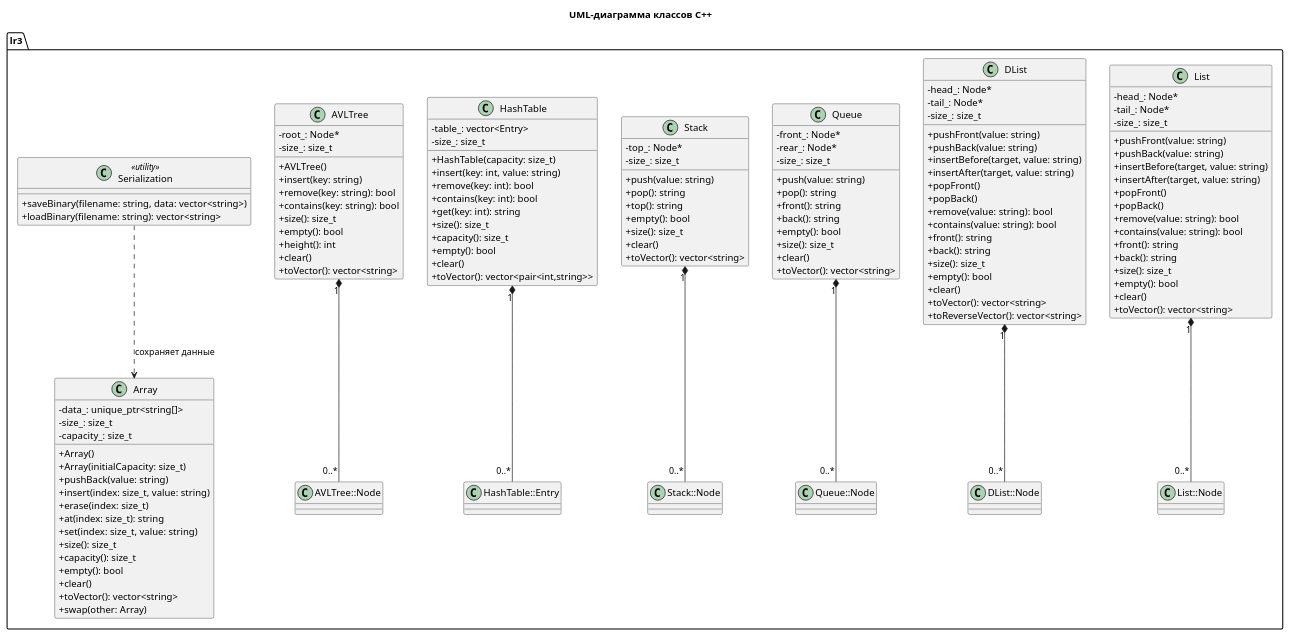
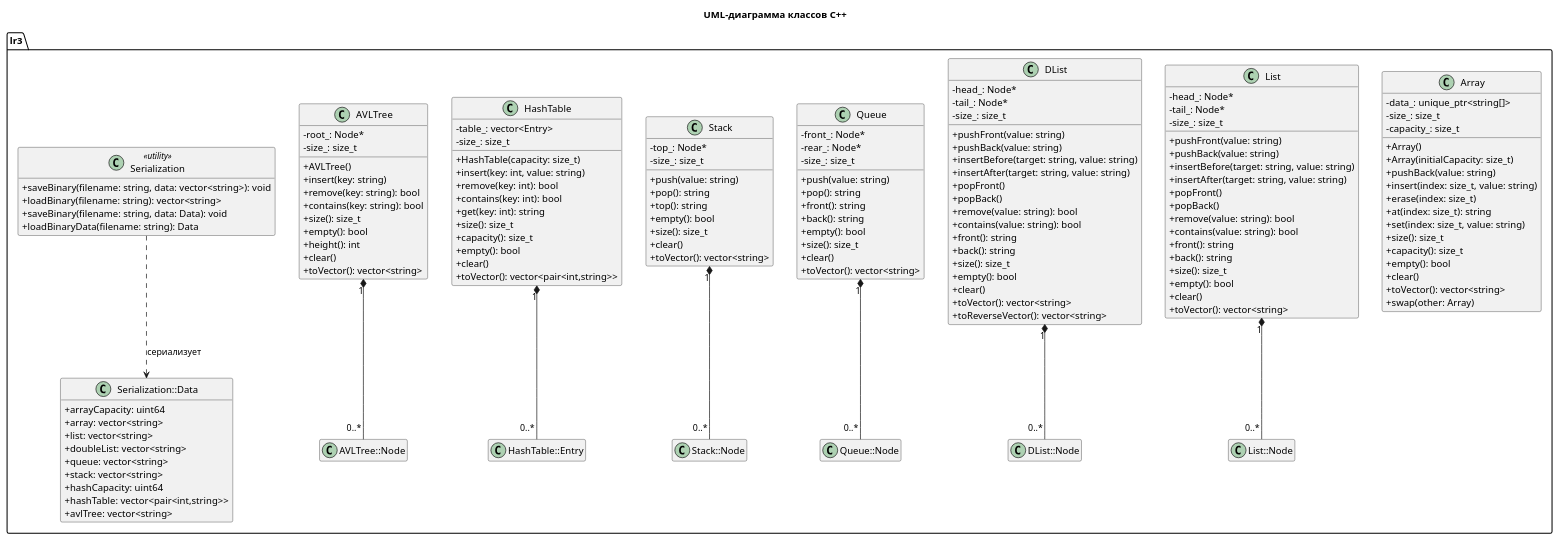
One commit to kossolap/LR3- changed the diagram in docs/uml/cpp.puml. Above: the diagram before and after it, drawn with PlantUML. The commit also changed other lines of this file and 37 other files, not shown here.

Commit message:
Complete Lab 3 implementations, tests, coverage and UML

```diff
--- a/docs/uml/cpp.puml
+++ b/docs/uml/cpp.puml
@@ -1,144 +2,158 @@
 @startuml
 title UML-диаграмма классов C++
 skinparam classAttributeIconSize 0
+hide empty members
 
 package "lr3" {
 
     class Array {
         - data_: unique_ptr<string[]>
         - size_: size_t
         - capacity_: size_t
         + Array()
         + Array(initialCapacity: size_t)
         + pushBack(value: string)
         + insert(index: size_t, value: string)
         + erase(index: size_t)
         + at(index: size_t): string
         + set(index: size_t, value: string)
         + size(): size_t
         + capacity(): size_t
         + empty(): bool
         + clear()
         + toVector(): vector<string>
         + swap(other: Array)
     }
 
     class List {
         - head_: Node*
         - tail_: Node*
         - size_: size_t
         + pushFront(value: string)
         + pushBack(value: string)
-        + insertBefore(target, value: string)
-        + insertAfter(target, value: string)
+        + insertBefore(target: string, value: string)
+        + insertAfter(target: string, value: string)
         + popFront()
         + popBack()
         + remove(value: string): bool
         + contains(value: string): bool
         + front(): string
         + back(): string
         + size(): size_t
         + empty(): bool
         + clear()
         + toVector(): vector<string>
     }
 
     class DList {
         - head_: Node*
         - tail_: Node*
         - size_: size_t
         + pushFront(value: string)
         + pushBack(value: string)
-        + insertBefore(target, value: string)
-        + insertAfter(target, value: string)
+        + insertBefore(target: string, value: string)
+        + insertAfter(target: string, value: string)
         + popFront()
         + popBack()
         + remove(value: string): bool
         + contains(value: string): bool
         + front(): string
         + back(): string
         + size(): size_t
         + empty(): bool
         + clear()
         + toVector(): vector<string>
         + toReverseVector(): vector<string>
     }
 
     class Queue {
         - front_: Node*
         - rear_: Node*
         - size_: size_t
         + push(value: string)
         + pop(): string
         + front(): string
         + back(): string
         + empty(): bool
         + size(): size_t
         + clear()
         + toVector(): vector<string>
     }
 
     class Stack {
         - top_: Node*
         - size_: size_t
         + push(value: string)
         + pop(): string
         + top(): string
         + empty(): bool
         + size(): size_t
         + clear()
         + toVector(): vector<string>
     }
 
     class HashTable {
         - table_: vector<Entry>
         - size_: size_t
         + HashTable(capacity: size_t)
         + insert(key: int, value: string)
         + remove(key: int): bool
         + contains(key: int): bool
         + get(key: int): string
         + size(): size_t
         + capacity(): size_t
         + empty(): bool
         + clear()
         + toVector(): vector<pair<int,string>>
     }
 
     class AVLTree {
         - root_: Node*
         - size_: size_t
         + AVLTree()
         + insert(key: string)
         + remove(key: string): bool
         + contains(key: string): bool
         + size(): size_t
         + empty(): bool
         + height(): int
         + clear()
         + toVector(): vector<string>
     }
 
     class Serialization <<utility>> {
-        + saveBinary(filename: string, data: vector<string>)
+        + saveBinary(filename: string, data: vector<string>): void
         + loadBinary(filename: string): vector<string>
+        + saveBinary(filename: string, data: Data): void
+        + loadBinaryData(filename: string): Data
+    }
+
+    class "Serialization::Data" as SerializationData {
+        + arrayCapacity: uint64
+        + array: vector<string>
+        + list: vector<string>
+        + doubleList: vector<string>
+        + queue: vector<string>
+        + stack: vector<string>
+        + hashCapacity: uint64
+        + hashTable: vector<pair<int,string>>
+        + avlTree: vector<string>
     }
 
     class "List::Node" as ListNode
     class "DList::Node" as DListNode
     class "Queue::Node" as QueueNode
     class "Stack::Node" as StackNode
     class "AVLTree::Node" as AVLNode
     class "HashTable::Entry" as HashEntry
 
     List "1" *-- "0..*" ListNode
     DList "1" *-- "0..*" DListNode
     Queue "1" *-- "0..*" QueueNode
     Stack "1" *-- "0..*" StackNode
     AVLTree "1" *-- "0..*" AVLNode
     HashTable "1" *-- "0..*" HashEntry
 
-    Serialization ..> Array : сохраняет данные
+    Serialization ..> SerializationData : сериализует
 }
-
 @enduml
```
